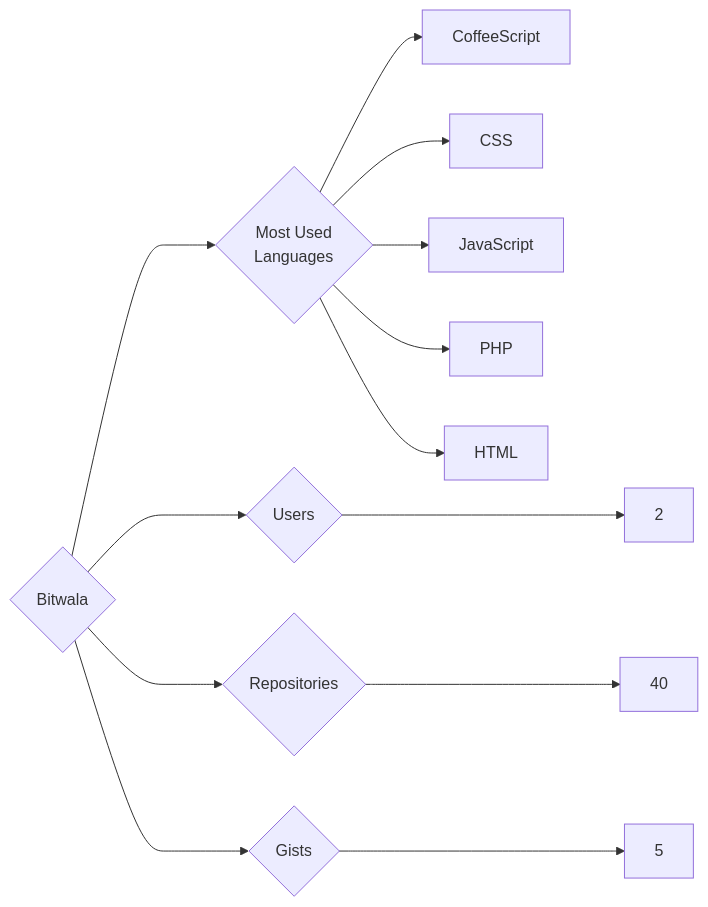
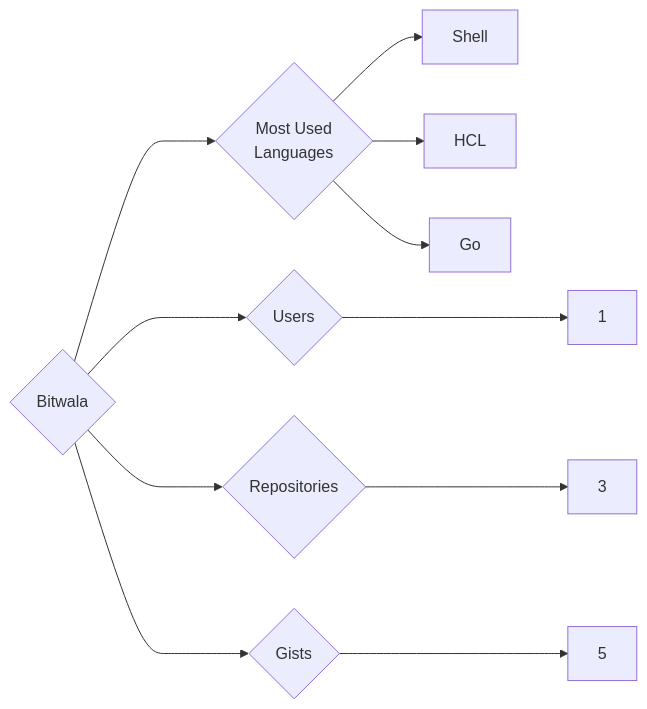
One commit to trickest/insiders changed the diagram in targets/Bitwala/README.md. Above: the diagram before and after it, drawn with Mermaid. The commit also changed 953 other files, not shown here.

````diff
--- a/targets/Bitwala/README.md
+++ b/targets/Bitwala/README.md
@@ -3,13 +3,11 @@
 ```mermaid
 graph LR
 COMPANY_NAME{Bitwala}
-COMPANY_NAME ---> U{Users} ---> UN[2]
-COMPANY_NAME ---> R{Repositories} ---> RN[40]
+COMPANY_NAME ---> U{Users} ---> UN[1]
+COMPANY_NAME ---> R{Repositories} ---> RN[3]
 COMPANY_NAME ---> G{Gists} ---> GN[5]
 COMPANY_NAME ---> ML{Most Used<br>Languages}
-ML --> CoffeeScript[CoffeeScript]
-ML --> CSS[CSS]
-ML --> JavaScript[JavaScript]
-ML --> PHP[PHP]
-ML --> HTML[HTML]
+ML --> Shell[Shell]
+ML --> HCL[HCL]
+ML --> Go[Go]
 ```
````
